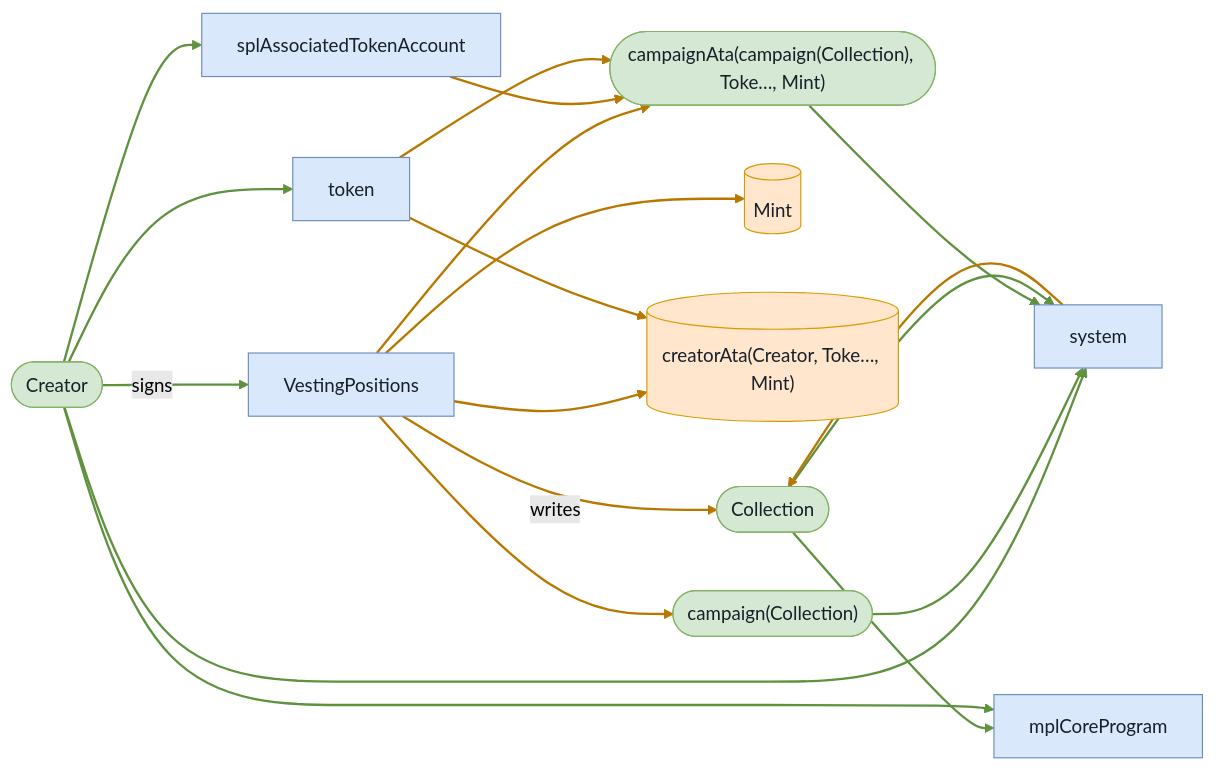
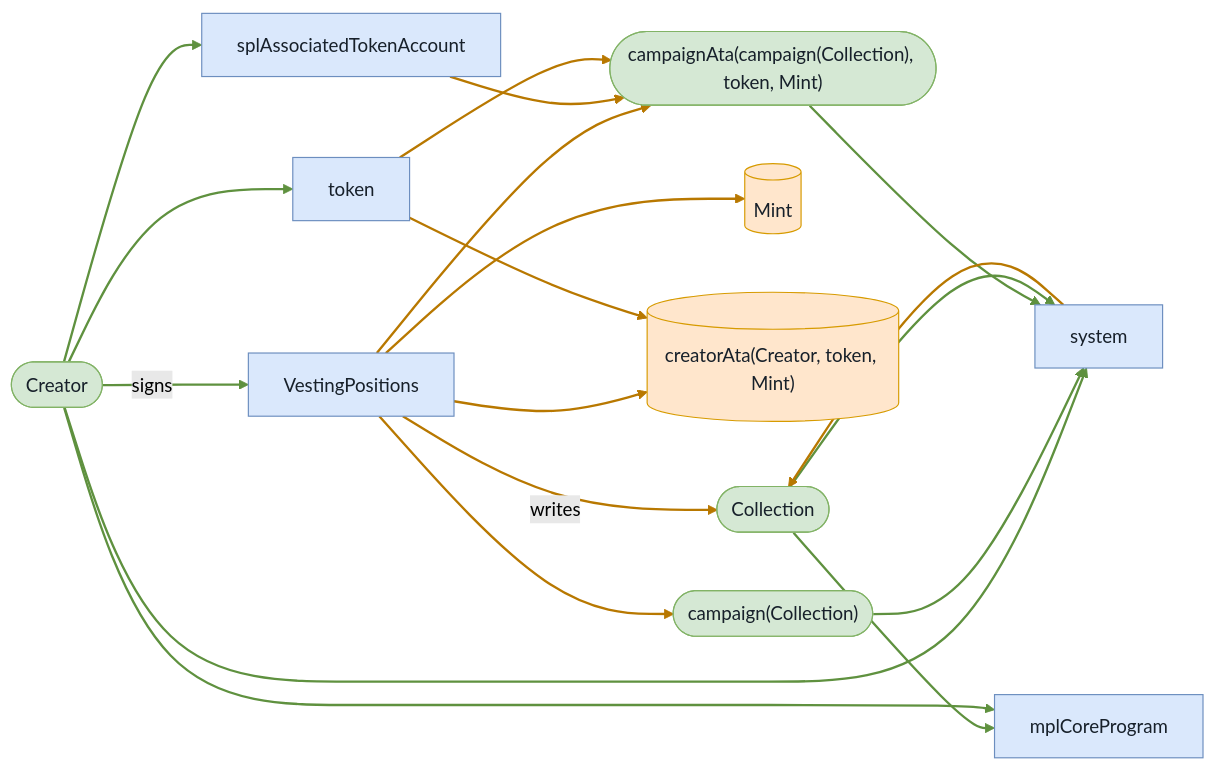
The second of 6 diagrams in babelfish-tests/test-report/scenario_5_unwhitelisted_user_fails.md (cds-turbin3/vesting-position), drawn with Mermaid (forest theme) before and after one commit. The commit also changed other lines of this file and 104 other files, not shown here.

````diff
--- a/babelfish-tests/test-report/scenario_5_unwhitelisted_user_fails.md
+++ b/babelfish-tests/test-report/scenario_5_unwhitelisted_user_fails.md
@@ -110,37 +110,37 @@
 ```mermaid
 flowchart LR
     VestingPositions["VestingPositions"]:::program
     Creator(["Creator"]):::signer
     Collection(["Collection"]):::signer
     Mint[("Mint")]:::state
-    creatorAtaCreatorTokeMint[("creatorAta(Creator, Toke…, Mint)")]:::state
+    creatorAtaCreatortokenMint[("creatorAta(Creator, token, Mint)")]:::state
     campaignCollection(["campaign(Collection)"]):::signer
-    campaignAtacampaignCollectionTokeMint(["campaignAta(campaign(Collection), Toke…, Mint)"]):::signer
+    campaignAtacampaignCollectiontokenMint(["campaignAta(campaign(Collection), token, Mint)"]):::signer
     system["system"]:::program
     splAssociatedTokenAccount["splAssociatedTokenAccount"]:::program
     token["token"]:::program
     mplCoreProgram["mplCoreProgram"]:::program
     Creator -->|signs| VestingPositions
     VestingPositions -->|writes| Collection
     VestingPositions --> Mint
-    VestingPositions --> creatorAtaCreatorTokeMint
+    VestingPositions --> creatorAtaCreatortokenMint
     VestingPositions --> campaignCollection
-    VestingPositions --> campaignAtacampaignCollectionTokeMint
+    VestingPositions --> campaignAtacampaignCollectiontokenMint
     Creator --> system
     campaignCollection --> system
     Creator --> splAssociatedTokenAccount
-    splAssociatedTokenAccount --> campaignAtacampaignCollectionTokeMint
-    campaignAtacampaignCollectionTokeMint --> system
-    token --> campaignAtacampaignCollectionTokeMint
+    splAssociatedTokenAccount --> campaignAtacampaignCollectiontokenMint
+    campaignAtacampaignCollectiontokenMint --> system
+    token --> campaignAtacampaignCollectiontokenMint
     Collection --> mplCoreProgram
     Creator --> mplCoreProgram
     Collection --> system
     system --> Collection
-    token --> creatorAtaCreatorTokeMint
+    token --> creatorAtaCreatortokenMint
     Creator --> token
     classDef program fill:#dae8fc,stroke:#6c8ebf,color:#17202a;
     classDef signer fill:#d5e8d4,stroke:#82b366,color:#17202a;
     classDef state fill:#ffe6cc,stroke:#d79b00,color:#17202a;
     linkStyle 0,6,7,8,10,12,13,14,17 stroke:#5f913f,stroke-width:2px
     linkStyle 1,2,3,4,5,9,11,15,16 stroke:#b87800,stroke-width:2px
 ```
````
